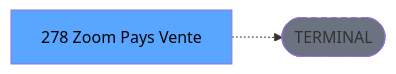
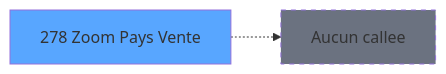
The third of 3 diagrams in .openspec/specs/ADH-IDE-278.md (thonyAGP/magic-migration), drawn with Mermaid before and after one commit. The commit also changed other lines of this file and 493 other files, not shown here.

````diff
--- a/.openspec/specs/ADH-IDE-278.md
+++ b/.openspec/specs/ADH-IDE-278.md
@@ -138,8 +173,8 @@
 ```mermaid
 graph LR
-    T[278 Zoom Pays Vente]
-    TERM([TERMINAL])
-    T -.-> TERM
-    style TERM fill:#6b7280,stroke-dasharray: 5 5
-    style T fill:#58a6ff,color:#000
+    T278[278 Zoom Pays Vente]
+    style T278 fill:#58a6ff
+    NONE[Aucun callee]
+    T278 -.-> NONE
+    style NONE fill:#6b7280,stroke-dasharray: 5 5
 ```
````
